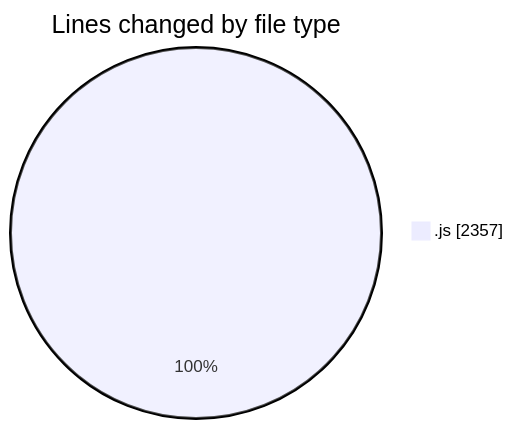
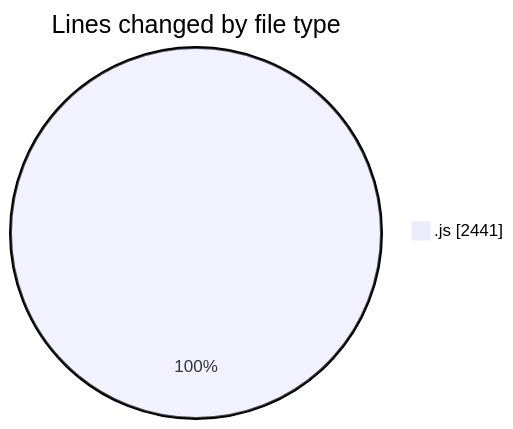
Before and after one commit to nxtqubesakshisongat/code-tracking: the first of 2 diagrams in 2025-08-11/nxtqube_webapp/README.md, drawn with Mermaid. The commit also changed other lines of this file and 1 other file, not shown here.

````diff
--- a/2025-08-11/nxtqube_webapp/README.md
+++ b/2025-08-11/nxtqube_webapp/README.md
@@ -21,5 +21,5 @@
 ```mermaid
 pie showData
 title Lines changed by file type
-".js" : 2357
+".js" : 2441
 ```
````
